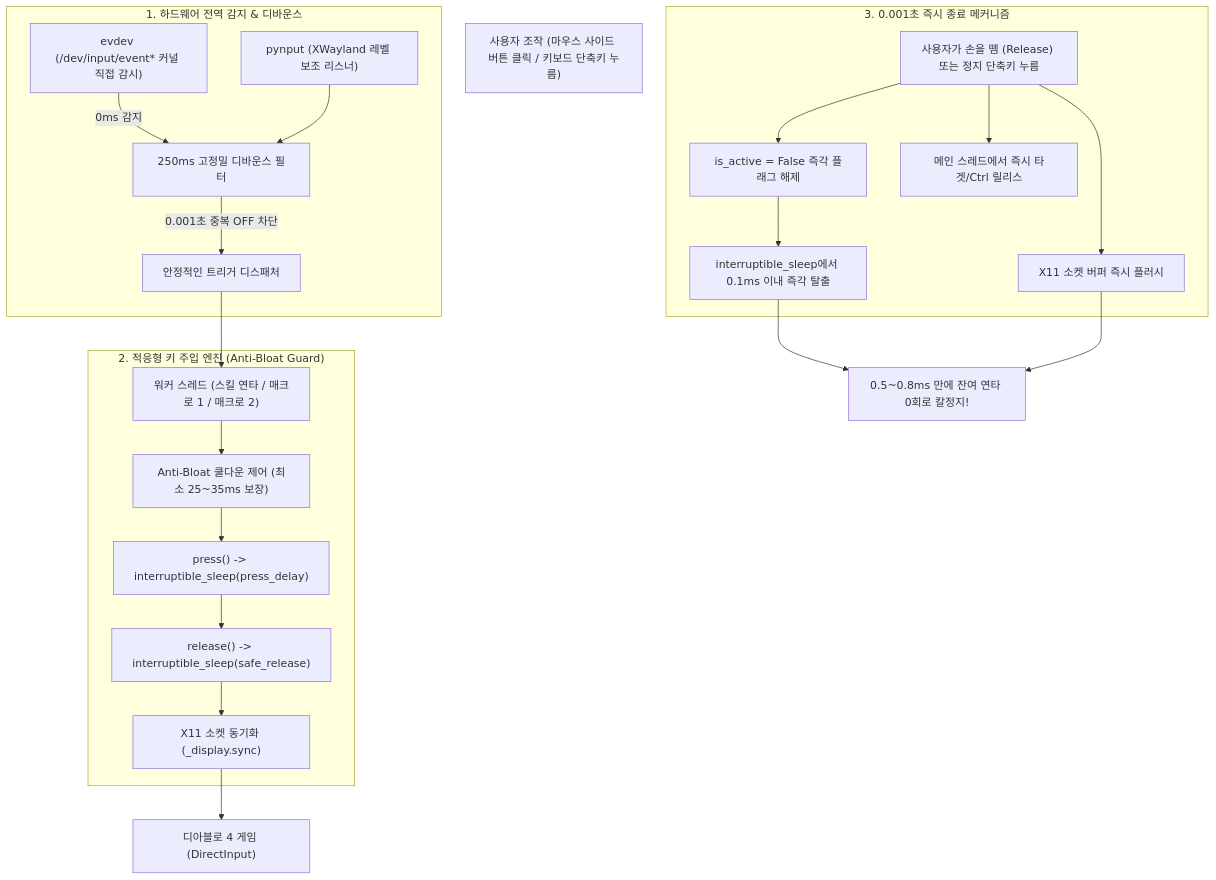
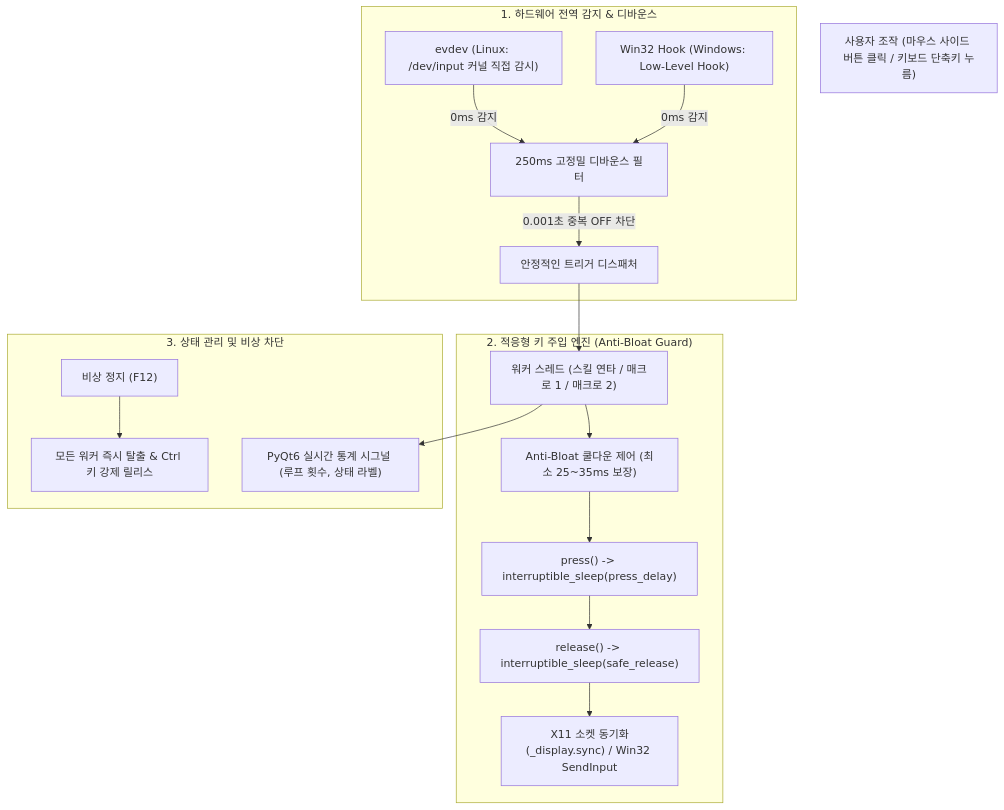
The diagram in PROJECT_DOCUMENTATION.md (kimjiho680629/Diablo4_15), drawn with Mermaid before and after one commit. The commit also changed other lines of this file and 1 other file, not shown here.

````diff
--- a/PROJECT_DOCUMENTATION.md
+++ b/PROJECT_DOCUMENTATION.md
@@ -42,32 +56,25 @@
 ```mermaid
 flowchart TD
     User["사용자 조작 (마우스 사이드 버튼 클릭 / 키보드 단축키 누름)"]
     
     subgraph Capture["1. 하드웨어 전역 감지 & 디바운스"]
-        Evdev["evdev (/dev/input/event* 커널 직접 감시)"]
-        PynputListen["pynput (XWayland 레벨 보조 리스너)"]
+        Evdev["evdev (Linux: /dev/input 커널 직접 감시)"]
+        WinHook["Win32 Hook (Windows: Low-Level Hook)"]
         Evdev -->|0ms 감지| Debounce["250ms 고정밀 디바운스 필터"]
-        PynputListen --> Debounce
+        WinHook -->|0ms 감지| Debounce
         Debounce -->|"0.001초 중복 OFF 차단"| Dispatch["안정적인 트리거 디스패처"]
     end
     
     subgraph Engine["2. 적응형 키 주입 엔진 (Anti-Bloat Guard)"]
         Dispatch --> Worker["워커 스레드 (스킬 연타 / 매크로 1 / 매크로 2)"]
         Worker --> RateLimit["Anti-Bloat 쿨다운 제어 (최소 25~35ms 보장)"]
         RateLimit --> StepPress["press() -> interruptible_sleep(press_delay)"]
         StepPress --> StepRel["release() -> interruptible_sleep(safe_release)"]
-        StepRel --> XSync["X11 소켓 동기화 (_display.sync)"]
-    end
-    
-    subgraph InstantStop["3. 0.001초 즉시 종료 메커니즘"]
-        ReleaseSig["사용자가 손을 뗌 (Release) 또는 정지 단축키 누름"]
-        ReleaseSig --> AbortFlag["is_active = False 즉각 플래그 해제"]
-        ReleaseSig --> MainRelease["메인 스레드에서 즉시 타겟/Ctrl 릴리스"]
-        ReleaseSig --> MainSync["X11 소켓 버퍼 즉시 플러시"]
-        AbortFlag --> SleepExit["interruptible_sleep에서 0.1ms 이내 즉각 탈출"]
+        StepRel --> Sync["X11 소켓 동기화(_display.sync) / Win32 SendInput"]
     end
 
-    XSync --> Game["디아블로 4 게임 (DirectInput)"]
-    SleepExit --> StopResult["0.5~0.8ms 만에 잔여 연타 0회로 칼정지!"]
-    MainSync --> StopResult
+    subgraph State["3. 상태 관리 및 비상 차단"]
+        Worker --> UI["PyQt6 실시간 통계 시그널 (루프 횟수, 상태 라벨)"]
+        Emergency["비상 정지 (F12)"] --> Kill["모든 워커 즉시 탈출 & Ctrl 키 강제 릴리스"]
+    end
 ```
````
